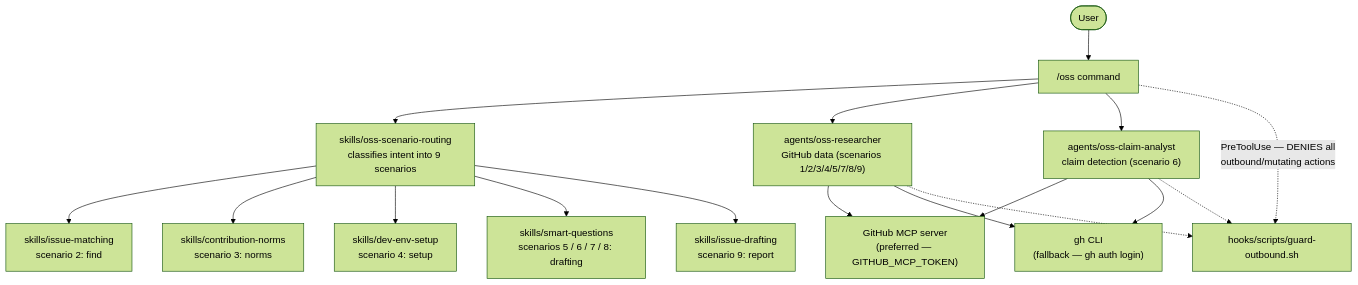
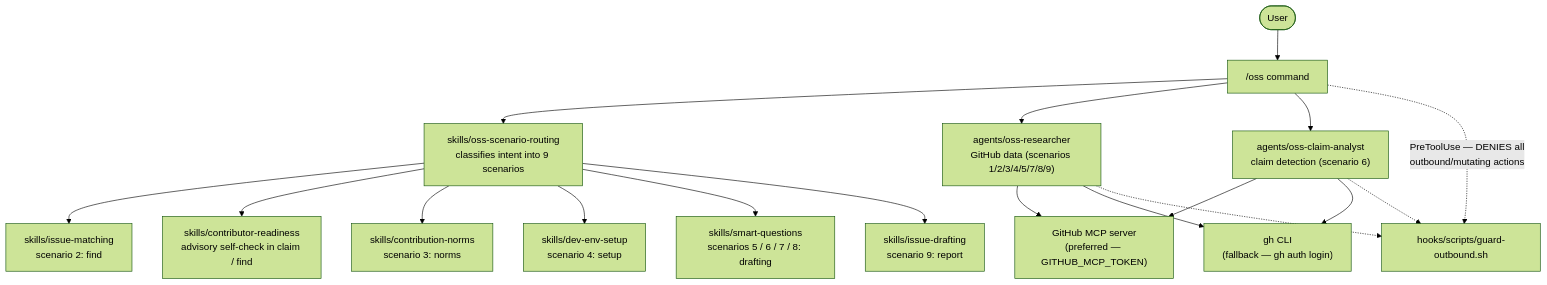
The diagram in docs/index.md (josix/agentic-contributor), drawn with Mermaid (forest theme) before and after one commit. The commit also changed other lines of this file and 17 other files, not shown here.

````diff
--- a/docs/index.md
+++ b/docs/index.md
@@ -13,24 +13,25 @@
 ```mermaid
 flowchart TD
     U([User]) --> OSS["/oss command"]
 
     OSS --> SR["skills/oss-scenario-routing<br/>classifies intent into 9 scenarios"]
 
     SR --> IM["skills/issue-matching<br/>scenario 2: find"]
+    SR --> CR["skills/contributor-readiness<br/>advisory self-check in claim / find"]
     SR --> CN["skills/contribution-norms<br/>scenario 3: norms"]
     SR --> DE["skills/dev-env-setup<br/>scenario 4: setup"]
     SR --> SQ["skills/smart-questions<br/>scenarios 5 / 6 / 7 / 8: drafting"]
     SR --> ID["skills/issue-drafting<br/>scenario 9: report"]
 
     OSS --> RES["agents/oss-researcher<br/>GitHub data (scenarios 1/2/3/4/5/7/8/9)"]
     OSS --> CA["agents/oss-claim-analyst<br/>claim detection (scenario 6)"]
 
     RES --> MCP["GitHub MCP server<br/>(preferred — GITHUB_MCP_TOKEN)"]
     RES --> GH["gh CLI<br/>(fallback — gh auth login)"]
     CA --> MCP
     CA --> GH
 
     OSS -.->|PreToolUse — DENIES all<br/>outbound/mutating actions| GRD["hooks/scripts/guard-outbound.sh"]
     RES -.-> GRD
     CA -.-> GRD
 ```
````
